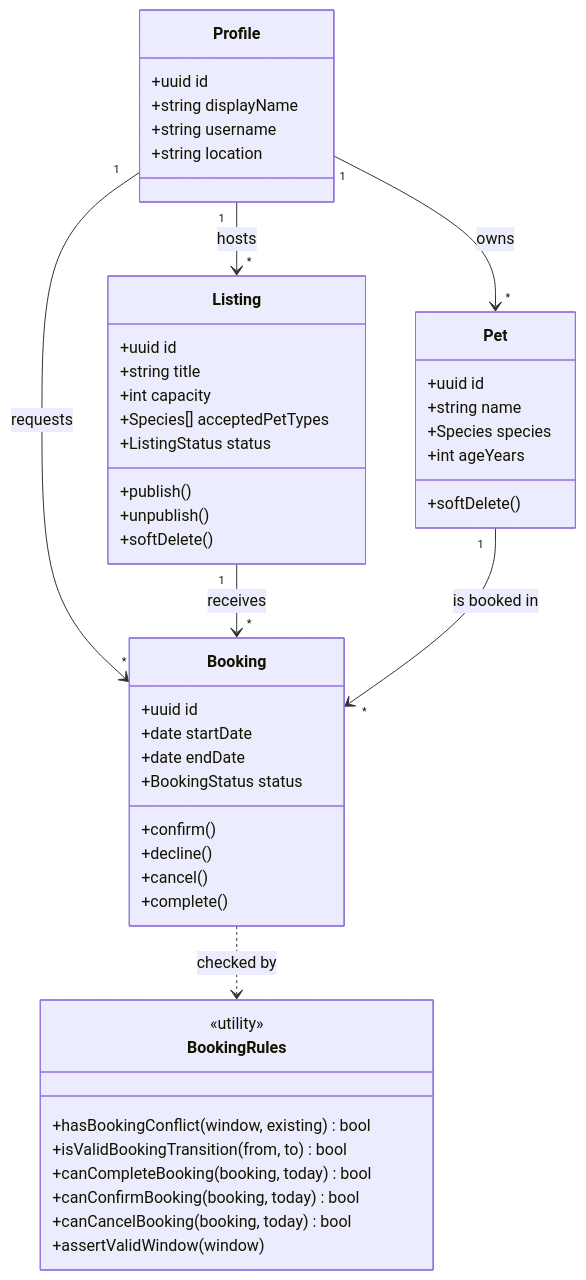
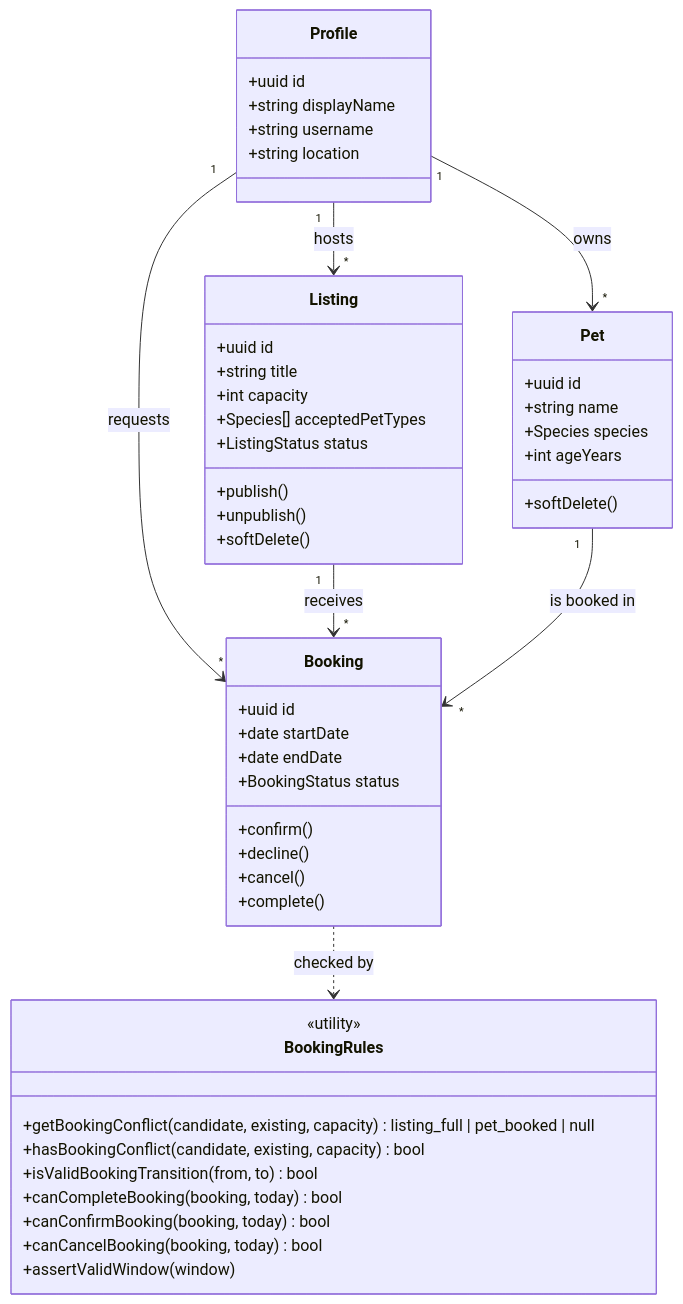
Before and after one commit to ziannsnp/petswap: the fourth of 14 diagrams in docs/design-document.md, drawn with Mermaid. The commit also changed other lines of this file and 3 other files, not shown here.

First line of the commit message:
docs(course): add the UML API diagram, design quality, and black-box test plan

````diff
--- a/docs/design-document.md
+++ b/docs/design-document.md
@@ -161,51 +174,52 @@
 ```mermaid
 classDiagram
     class Profile {
         +uuid id
         +string displayName
         +string username
         +string location
     }
     class Pet {
         +uuid id
         +string name
         +Species species
         +int ageYears
         +softDelete()
     }
     class Listing {
         +uuid id
         +string title
         +int capacity
         +Species[] acceptedPetTypes
         +ListingStatus status
         +publish()
         +unpublish()
         +softDelete()
     }
     class Booking {
         +uuid id
         +date startDate
         +date endDate
         +BookingStatus status
         +confirm()
         +decline()
         +cancel()
         +complete()
     }
     class BookingRules {
         <<utility>>
-        +hasBookingConflict(window, existing) bool
+        +getBookingConflict(candidate, existing, capacity) listing_full | pet_booked | null
+        +hasBookingConflict(candidate, existing, capacity) bool
         +isValidBookingTransition(from, to) bool
         +canCompleteBooking(booking, today) bool
         +canConfirmBooking(booking, today) bool
         +canCancelBooking(booking, today) bool
         +assertValidWindow(window)
     }
     Profile "1" --> "*" Pet : owns
     Profile "1" --> "*" Listing : hosts
     Profile "1" --> "*" Booking : requests
     Listing "1" --> "*" Booking : receives
     Pet "1" --> "*" Booking : is booked in
     Booking ..> BookingRules : checked by
 ```
````
